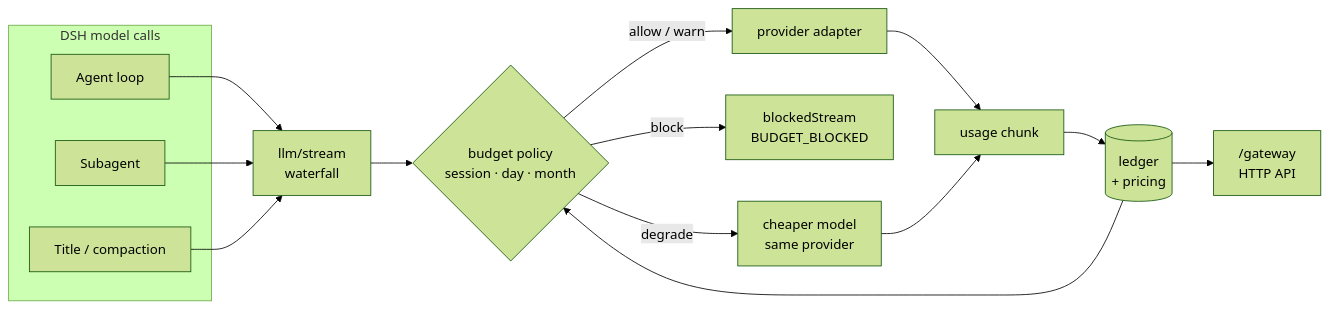
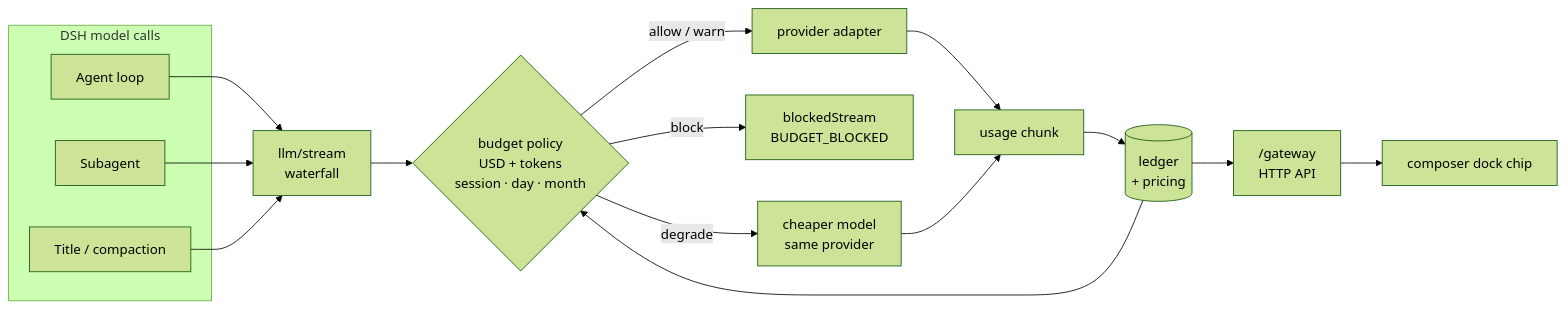
The diagram in README.md (Yuaneen/dsh-token-gateway), drawn with Mermaid (forest theme) before and after one commit. The commit also changed other lines of this file and 18 other files, not shown here.

````diff
--- a/README.md
+++ b/README.md
@@ -44,24 +158,25 @@
 ```mermaid
 flowchart LR
     subgraph SRC["DSH model calls"]
         A["Agent loop"]
         B["Subagent"]
         C["Title / compaction"]
     end
 
     A --> G["llm/stream<br/>waterfall"]
     B --> G
     C --> G
 
-    G --> D{"budget policy<br/>session · day · month"}
+    G --> D{"budget policy<br/>USD + tokens<br/>session · day · month"}
 
     D -- "allow / warn" --> P["provider adapter"]
     D -- "block" --> X["blockedStream<br/>BUDGET_BLOCKED"]
     D -- "degrade" --> H["cheaper model<br/>same provider"]
 
     P --> U["usage chunk"]
     H --> U
     U --> L[("ledger<br/>+ pricing")]
     L --> D
     L --> API["/gateway<br/>HTTP API"]
+    API --> UI["composer dock chip"]
 ```
````
